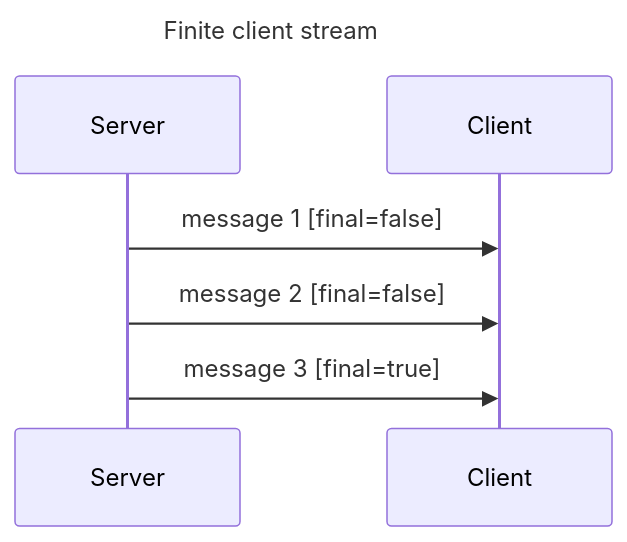
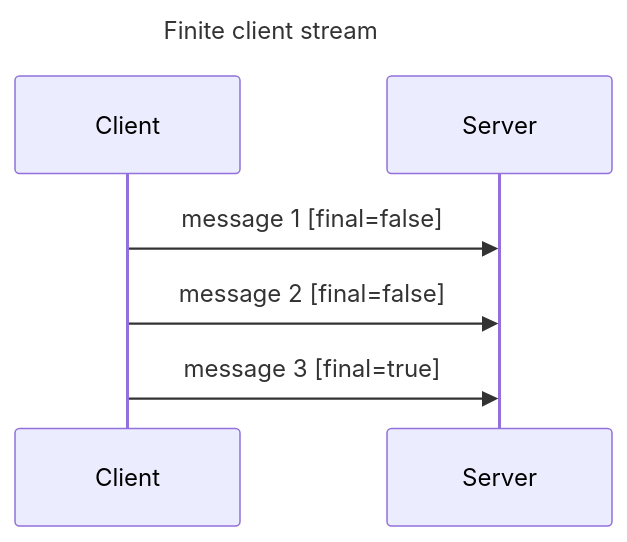
One commit to tzijnge/LotusRpc changed the third of 4 diagrams in docs/getting_started.md. Above: the diagram before and after it, drawn with Mermaid. The commit also changed other lines of this file and 5 other files, not shown here.

Commit message:
LRPC-7 Add documentation for constants * Update documentation * LrpcStream now automatically insert 'final' param when needed * First attempt to integrate streams into LRPCC by updating client_cli_visitor.py

````diff
--- a/docs/getting_started.md
+++ b/docs/getting_started.md
@@ -56,8 +56,8 @@
 ``` mermaid
 sequenceDiagram
     title: Finite client stream
 
-    Server ->> Client: message 1 [final=false]
-    Server ->> Client: message 2 [final=false]
-    Server ->> Client: message 3 [final=true]
+    Client ->> Server: message 1 [final=false]
+    Client ->> Server: message 2 [final=false]
+    Client ->> Server: message 3 [final=true]
 ```
````
